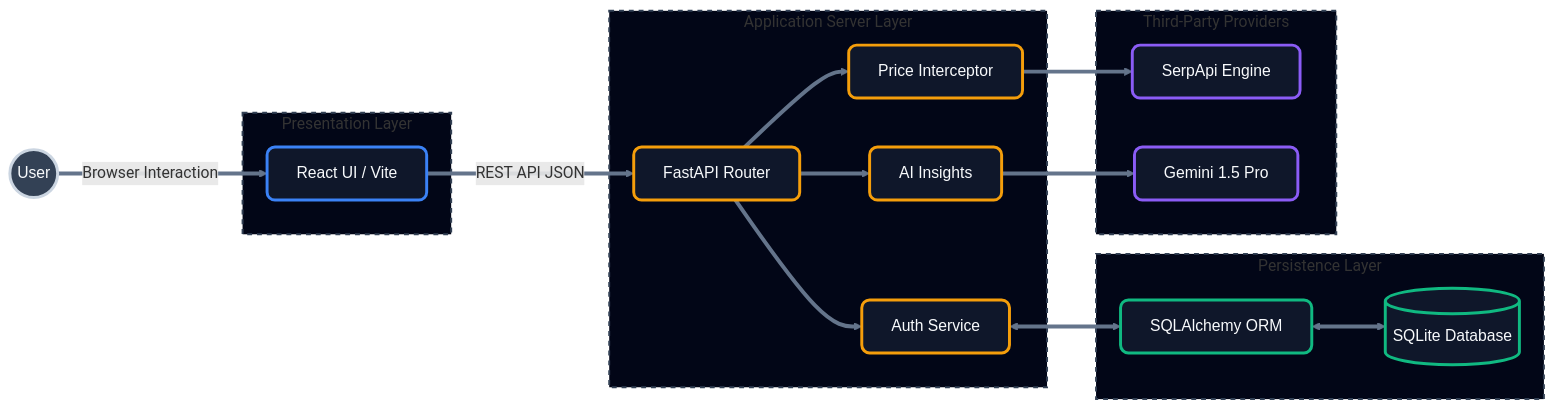
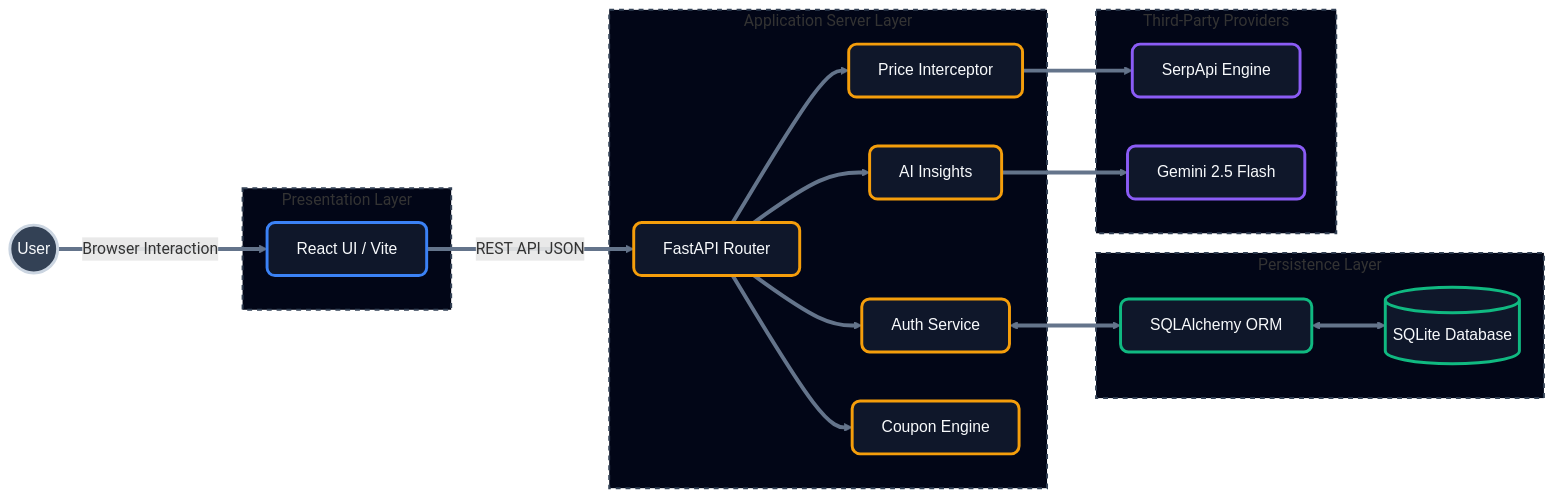
Before and after one commit to SriVigneswaran7/Honey-Hive: the first of 3 diagrams in SystemModelling.md, drawn with Mermaid. The commit also changed other lines of this file, not shown here.

````diff
--- a/SystemModelling.md
+++ b/SystemModelling.md
@@ -17,68 +17,70 @@
 ```mermaid
 flowchart LR
     %% -----------------------------------------
     %% INDUSTRIAL MODERN THEME DEFINITIONS
     %% -----------------------------------------
     classDef default fill:#1e293b,stroke:#475569,stroke-width:2px,color:#f8fafc,rx:6,ry:6,font-family:sans-serif;
     
     %% Accent Nodes (Dark backgrounds, thick neon borders)
     classDef client fill:#0f172a,stroke:#3b82f6,stroke-width:3px,color:#f8fafc,rx:8,ry:8;
     classDef server fill:#0f172a,stroke:#f59e0b,stroke-width:3px,color:#f8fafc,rx:8,ry:8;
     classDef data fill:#0f172a,stroke:#10b981,stroke-width:3px,color:#f8fafc,rx:8,ry:8;
     classDef external fill:#0f172a,stroke:#8b5cf6,stroke-width:3px,color:#f8fafc,rx:8,ry:8;
     classDef userNode fill:#334155,stroke:#cbd5e1,stroke-width:3px,color:#f8fafc,rx:50,ry:50;
     
     %% -----------------------------------------
     %% SYSTEM ARCHITECTURE
     %% -----------------------------------------
     U((User)):::userNode
     
     subgraph Presentation["Presentation Layer"]
         FE["React UI / Vite"]:::client
     end
     
     subgraph Application["Application Server Layer"]
         API["FastAPI Router"]:::server
         Auth["Auth Service"]:::server
         Search["Price Interceptor"]:::server
         AI["AI Insights"]:::server
+        Coup["Coupon Engine"]:::server
     end
     
     subgraph Persistence["Persistence Layer"]
         ORM["SQLAlchemy ORM"]:::data
         DB[("SQLite Database")]:::data
     end
     
     subgraph ThirdParty["Third-Party Providers"]
         Serp["SerpApi Engine"]:::external
-        Gemini["Gemini 1.5 Pro"]:::external
+        Gemini["Gemini 2.5 Flash"]:::external
     end
     
     %% -----------------------------------------
     %% DATA FLOW (THICK ARROWS)
     %% -----------------------------------------
     U ==>|Browser Interaction| FE
     FE ==>|REST API JSON| API
     
     API ==> Auth
     API ==> Search
     API ==> AI
+    API ==> Coup
     
     Auth <==> ORM
     ORM <==> DB
     
     Search ==> Serp
     AI ==> Gemini
     
     %% -----------------------------------------
     %% HEAVY ROUTING AND CONTAINER STYLES
     %% -----------------------------------------
     %% Forces all connecting lines to be thick, industrial slate-grey
     linkStyle default stroke:#64748b,stroke-width:4px,fill:none;
     
     %% Styles the background containers to look like technical blueprints
     style Presentation fill:#020617,stroke:#334155,stroke-width:2px,stroke-dasharray:5,5
     style Application fill:#020617,stroke:#334155,stroke-width:2px,stroke-dasharray:5,5
     style Persistence fill:#020617,stroke:#334155,stroke-width:2px,stroke-dasharray:5,5
     style ThirdParty fill:#020617,stroke:#334155,stroke-width:2px,stroke-dasharray:5,5
 ```
````
